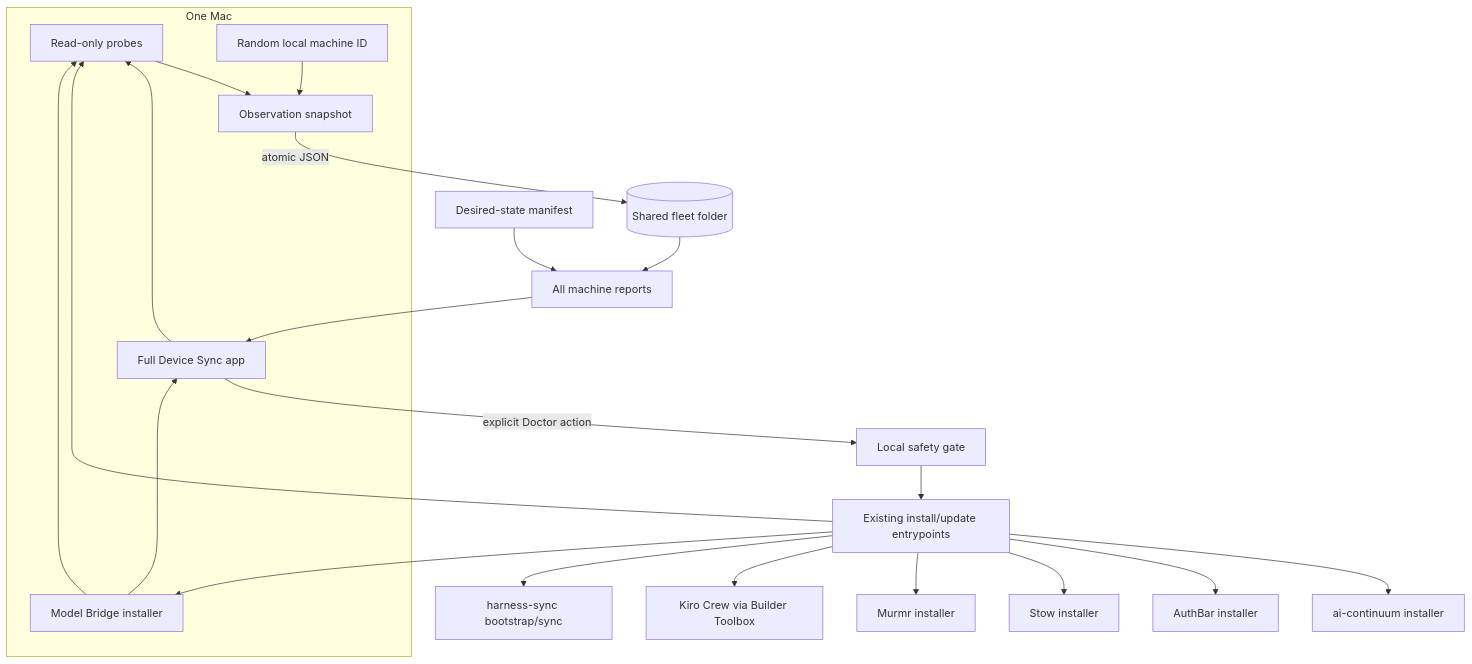
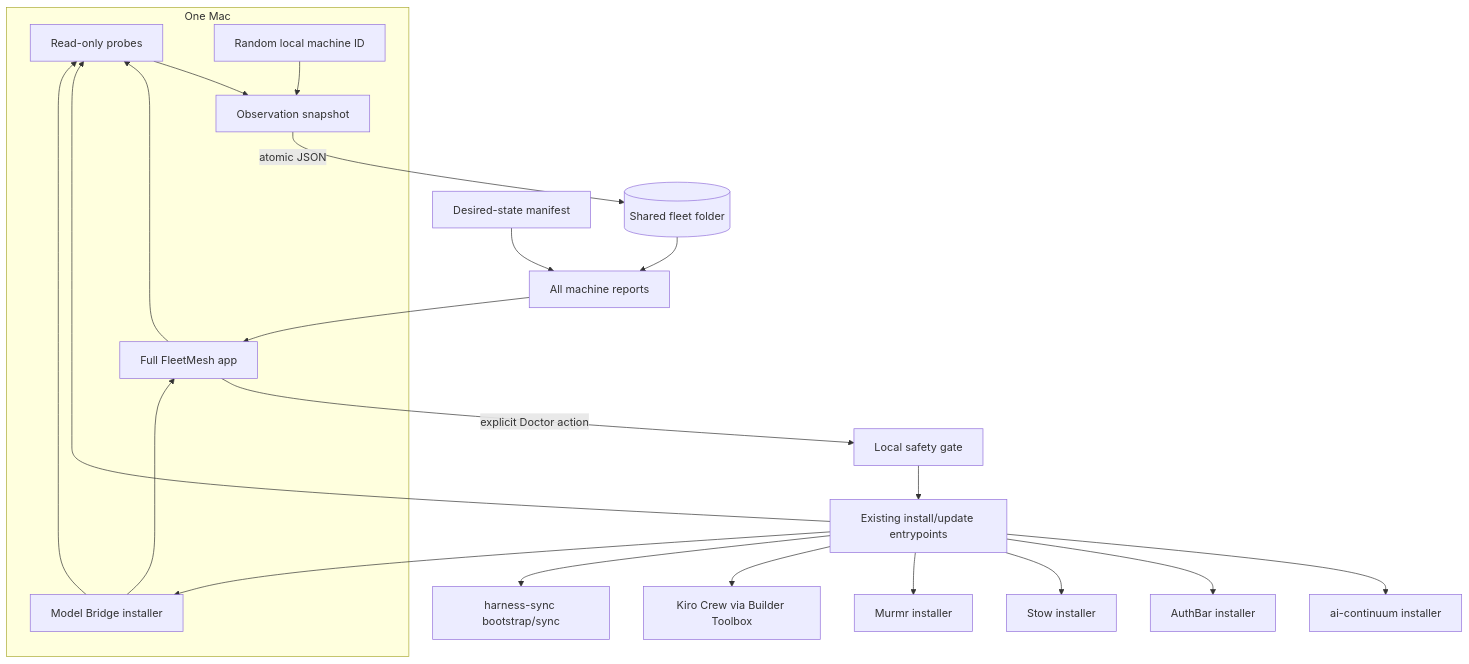
The diagram in docs/ARCHITECTURE.md (pstarkgit/FleetMesh), drawn with Mermaid before and after one commit. The commit also changed other lines of this file and 31 other files, not shown here.

Commit message:
feat: ship FleetMesh 0.1.5

````diff
--- a/docs/ARCHITECTURE.md
+++ b/docs/ARCHITECTURE.md
@@ -10,26 +10,26 @@
 ```mermaid
 flowchart TB
     subgraph Mac[One Mac]
       P[Read-only probes] --> O[Observation snapshot]
       L[Random local machine ID] --> O
-      UI[Full Device Sync app] --> P
+      UI[Full FleetMesh app] --> P
       MB[Menu-bar command center] --> P
       MB --> UI
     end
 
     O -->|atomic JSON| F[(Shared fleet folder)]
     F --> R[All machine reports]
     B[Desired-state manifest] --> R
     R --> UI
     UI -->|explicit Doctor action| G[Local safety gate]
     G --> X[Existing install/update entrypoints]
     X --> P
 
     X --> A[ai-continuum installer]
     X --> AB[AuthBar installer]
     X --> ST[Stow installer]
     X --> MV[Murmr installer]
     X --> MB[Model Bridge installer]
     X --> KC[Kiro Crew via Builder Toolbox]
     X --> HS[harness-sync bootstrap/sync]
 ```
````
